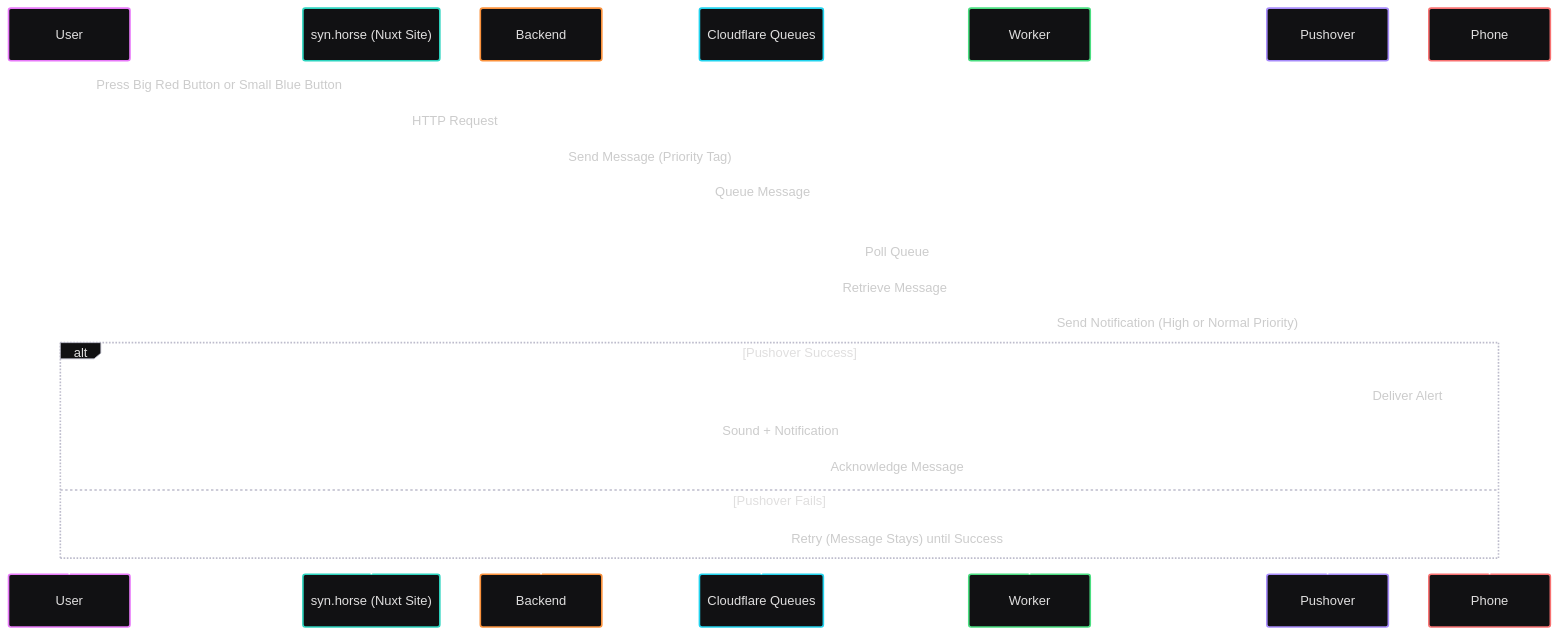
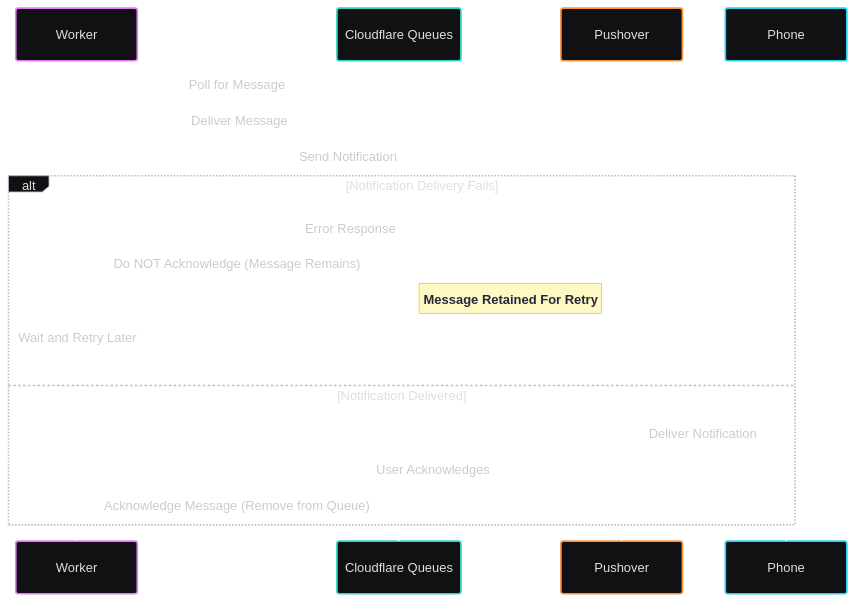
One commit to tecapps/documentation changed the diagram in BIG-RED-BUTTON.md. Above: the diagram before and after it, drawn with Mermaid. The commit also changed other lines of this file, not shown here.

First line of the commit message:
📝 Simplify queue processing diagram in documentation

````diff
--- a/BIG-RED-BUTTON.md
+++ b/BIG-RED-BUTTON.md
@@ -47,30 +41,26 @@
 ```mermaid
 ---
 config:
   theme: redux-dark-color
-id: 9c3e90ae-2598-4e2b-a0b8-73f19a4b837a
+id: f2f6054c-388f-4611-886a-b389851f8f9f
 ---
 sequenceDiagram
-    participant User
-    participant NuxtSite as syn.horse (Nuxt Site)
-    participant Backend
+    participant Worker
     participant CFQueues as Cloudflare Queues
-    participant Worker
     participant Pushover
     participant Phone
 
-    User->>NuxtSite: Press Big Red Button or Small Blue Button
-    NuxtSite->>Backend: HTTP Request
-    Backend->>CFQueues: Send Message (Priority Tag)
-    CFQueues->>CFQueues: Queue Message
-    Worker->>CFQueues: Poll Queue
-    CFQueues->>Worker: Retrieve Message
-    Worker->>Pushover: Send Notification (High or Normal Priority)
-    alt Pushover Success
-        Pushover->>Phone: Deliver Alert
-        Phone->>User: Sound + Notification
-        Worker->>CFQueues: Acknowledge Message
-    else Pushover Fails
-        Worker->>CFQueues: Retry (Message Stays) until Success
+    Worker->>CFQueues: Poll for Message
+    CFQueues-->>Worker: Deliver Message
+    Worker->>Pushover: Send Notification
+    alt Notification Delivery Fails
+        Pushover--x Worker: Error Response
+        Worker->>CFQueues: Do NOT Acknowledge (Message Remains)
+        Note right of CFQueues: Message Retained For Retry
+        Worker->>Worker: Wait and Retry Later
+    else Notification Delivered
+        Pushover->>Phone: Deliver Notification
+        Phone->>Worker: User Acknowledges
+        Worker->>CFQueues: Acknowledge Message (Remove from Queue)
     end
 ```
````
